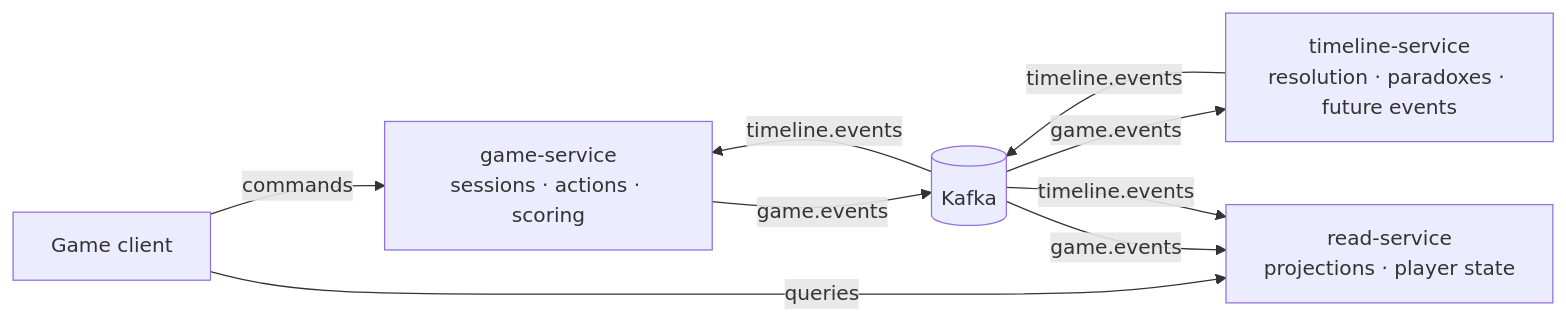
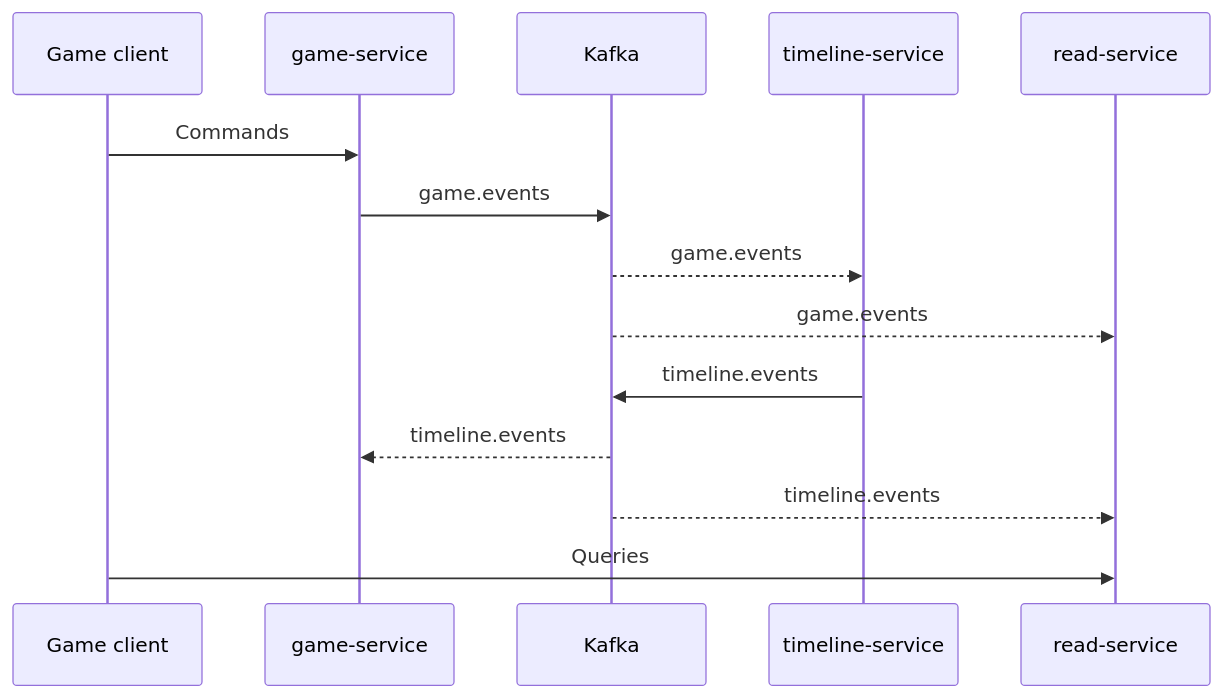
Before and after one commit to temporal-rift/.github: the diagram in profile/README.md, drawn with Mermaid.

Commit message:
Fix organization profile diagram

````diff
--- a/profile/README.md
+++ b/profile/README.md
@@ -30,17 +30,17 @@
 ```mermaid
-flowchart LR
-    Player["Game client"]
-    Game["game-service<br/>sessions · actions · scoring"]
-    Timeline["timeline-service<br/>resolution · paradoxes · future events"]
-    Read["read-service<br/>projections · player state"]
-    Kafka[("Kafka")]
+sequenceDiagram
+    participant Client as Game client
+    participant Game as game-service
+    participant Kafka as Kafka
+    participant Timeline as timeline-service
+    participant Read as read-service
 
-    Player -->|commands| Game
-    Player -->|queries| Read
-    Game -->|game.events| Kafka
-    Kafka -->|game.events| Timeline
-    Kafka -->|game.events| Read
-    Timeline -->|timeline.events| Kafka
-    Kafka -->|timeline.events| Game
-    Kafka -->|timeline.events| Read
+    Client->>Game: Commands
+    Game->>Kafka: game.events
+    Kafka-->>Timeline: game.events
+    Kafka-->>Read: game.events
+    Timeline->>Kafka: timeline.events
+    Kafka-->>Game: timeline.events
+    Kafka-->>Read: timeline.events
+    Client->>Read: Queries
 ```
````
